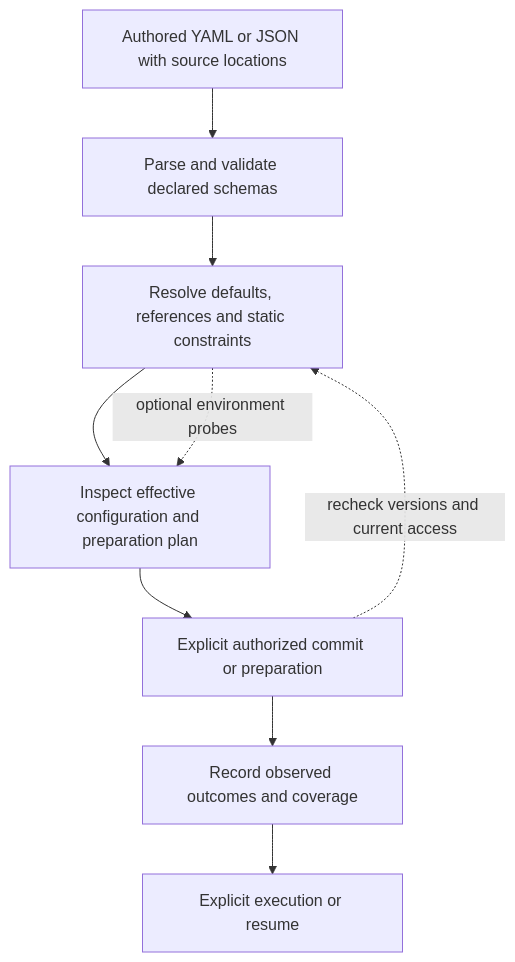
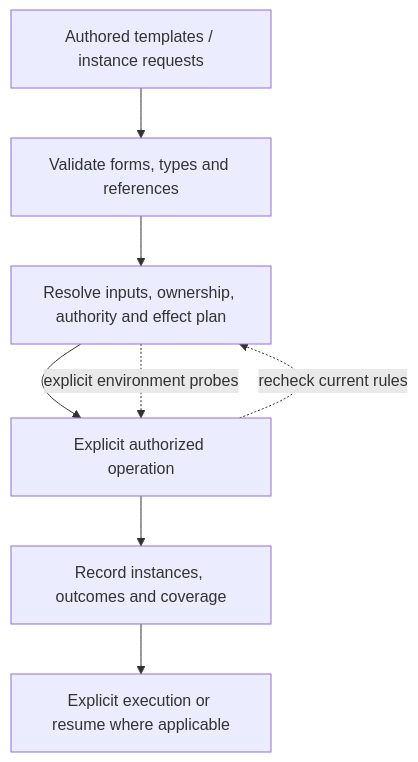
One commit to shrav-k/conduit changed the diagram in research/CONFIGURATION.md. Above: the diagram before and after it, drawn with Mermaid. The commit also changed other lines of this file and 9 other files, not shown here.

Commit message:
Reframe design around four families with templates and instances

````diff
--- a/research/CONFIGURATION.md
+++ b/research/CONFIGURATION.md
@@ -592,11 +405,10 @@
 ```mermaid
 flowchart TD
-  A[Authored YAML or JSON with source locations] --> B[Parse and validate declared schemas]
-  B --> C[Resolve defaults, references and static constraints]
-  C --> D[Inspect effective configuration and preparation plan]
-  D --> E[Explicit authorized commit or preparation]
-  E --> F[Record observed outcomes and coverage]
-  F --> G[Explicit execution or resume]
-  C -. optional environment probes .-> D
-  E -. recheck versions and current access .-> C
+    A[Authored templates / instance requests] --> B[Validate forms, types and references]
+    B --> C[Resolve inputs, ownership, authority and effect plan]
+    C --> D[Explicit authorized operation]
+    D --> E[Record instances, outcomes and coverage]
+    E --> F[Explicit execution or resume where applicable]
+    C -. explicit environment probes .-> D
+    D -. recheck current rules .-> C
 ```
````
